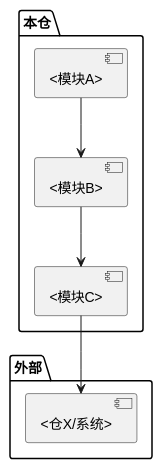
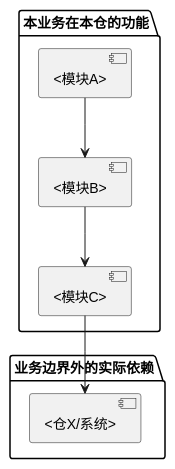
Before and after one commit to yunine9/mae-flow-cloud: the diagram in internal-skills/business-docs-generator/templates/repo/module-map.md, drawn with PlantUML. The commit also changed other lines of this file and 44 other files, not shown here.

````diff
--- a/internal-skills/business-docs-generator/templates/repo/module-map.md
+++ b/internal-skills/business-docs-generator/templates/repo/module-map.md
@@ -34,16 +35,16 @@
 ```plantuml
 @startuml
-package "本仓" {
+package "本业务在本仓的功能" {
     component "<模块A>" as MA
     component "<模块B>" as MB
     component "<模块C>" as MC
 }
-package "外部" {
+package "业务边界外的实际依赖" {
     component "<仓X/系统>" as EXT
 }
 
 MA --> MB
 MB --> MC
 MC --> EXT
 @enduml
 ```
````
